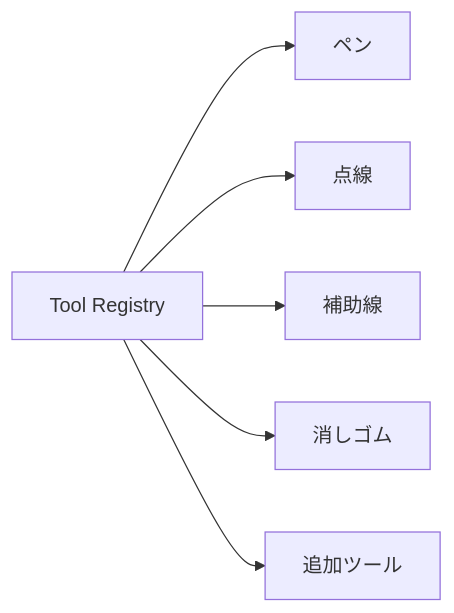
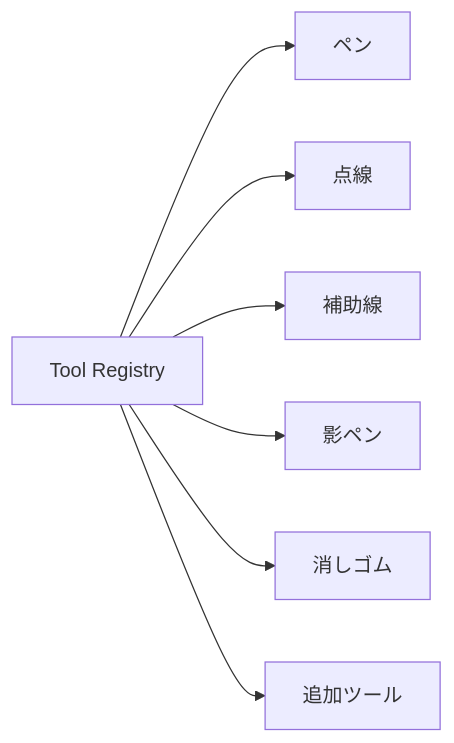
The fourth of 4 diagrams in docs/ARCHITECTURE.md (rikuru-sys/SolidDrawing), drawn with Mermaid before and after one commit. The commit also changed other lines of this file and 37 other files, not shown here.

````diff
--- a/docs/ARCHITECTURE.md
+++ b/docs/ARCHITECTURE.md
@@ -263,8 +265,9 @@
 ```mermaid
 flowchart LR
     Registry[Tool Registry] --> Pen[ペン]
     Registry --> Dashed[点線]
     Registry --> Guide[補助線]
+    Registry --> Shadow[影ペン]
     Registry --> Eraser[消しゴム]
     Registry --> Future[追加ツール]
 ```
````
